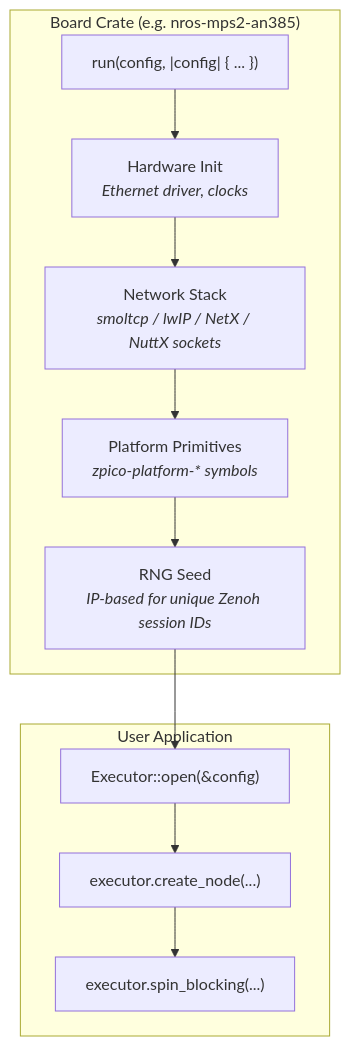
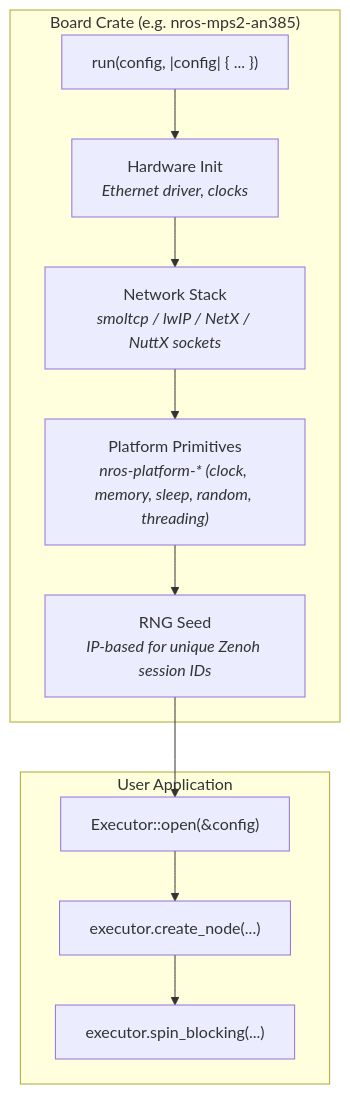
Before and after one commit to NEWSLabNTU/nano-ros: the eighth of 15 diagrams in book/src/concepts/architecture.md, drawn with Mermaid. The commit also changed other lines of this file and 9 other files, not shown here.

Commit message:
Document platform crates and symbols in the book

````diff
--- a/book/src/concepts/architecture.md
+++ b/book/src/concepts/architecture.md
@@ -393,19 +404,19 @@
 ```mermaid
 graph TD
     subgraph "Board Crate (e.g. nros-mps2-an385)"
         RUN["run(config, |config| { ... })"]
         HW["Hardware Init<br/><i>Ethernet driver, clocks</i>"]
         NET["Network Stack<br/><i>smoltcp / lwIP / NetX / NuttX sockets</i>"]
-        PLAT["Platform Primitives<br/><i>zpico-platform-* symbols</i>"]
+        PLAT["Platform Primitives<br/><i>nros-platform-* (clock, memory, sleep, random, threading)</i>"]
         SEED["RNG Seed<br/><i>IP-based for unique Zenoh session IDs</i>"]
     end
 
     subgraph "User Application"
         OPEN["Executor::open(&config)"]
         NODE2["executor.create_node(...)"]
         SPIN["executor.spin_blocking(...)"]
     end
 
     RUN --> HW --> NET --> PLAT --> SEED
     SEED --> OPEN --> NODE2 --> SPIN
 ```
````
